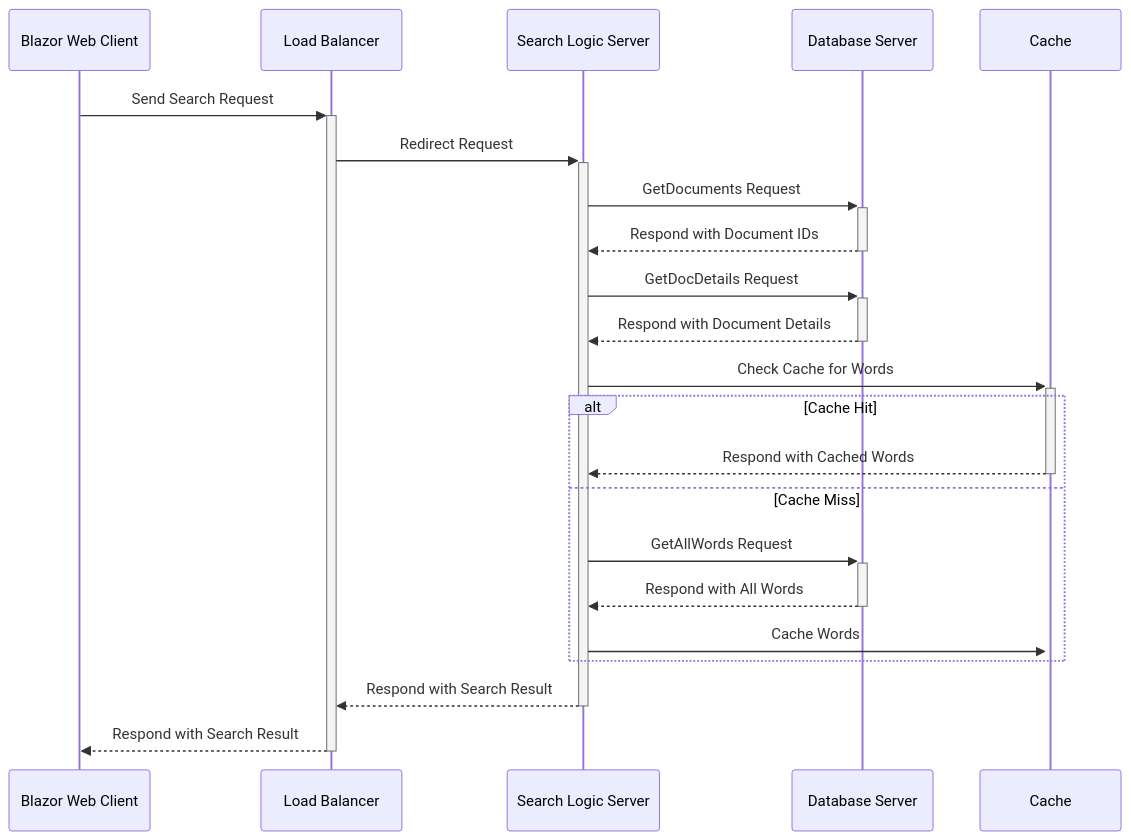
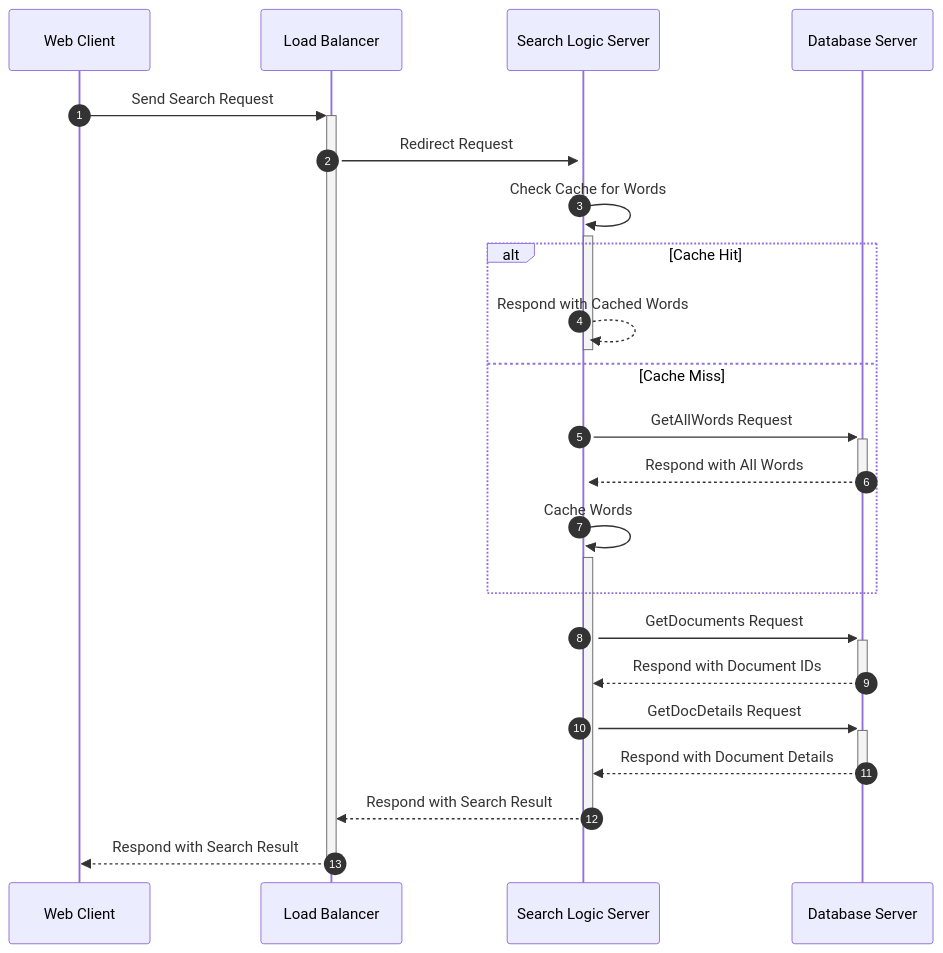
Before and after one commit to bygvraa/searchengine: the third of 3 diagrams in Search/README.md, drawn with Mermaid. The commit also changed other lines of this file, not shown here.

````diff
--- a/Search/README.md
+++ b/Search/README.md
@@ -34,29 +78,30 @@
 ```mermaid
 sequenceDiagram
-    participant Blazor Web Client
-    participant Load Balancer
-    participant Search Logic Server
-    participant Database Server
+    participant A as Web Client
+    participant B as Load Balancer
+    participant C as Search Logic Server
+    participant D as Database Server
 
-    Blazor Web Client ->>+ Load Balancer: Send Search Request
+    autonumber
 
-    Load Balancer ->>+ Search Logic Server: Redirect Request
+    A ->>+ B: Send Search Request
+    B ->>+ C: Redirect Request
 
-    Search Logic Server->>+Database Server: GetDocuments Request
-    Database Server-->>-Search Logic Server: Respond with Document IDs
-    Search Logic Server->>+Database Server: GetDocDetails Request
-    Database Server-->>-Search Logic Server: Respond with Document Details
-
-    Search Logic Server->>+Cache: Check Cache for Words
+    C->>+C: Check Cache for Words
     alt Cache Hit
-        Cache-->>-Search Logic Server: Respond with Cached Words
+        C-->>-C: Respond with Cached Words
     else Cache Miss
-        Search Logic Server->>+Database Server: GetAllWords Request
-        Database Server-->>-Search Logic Server: Respond with All Words
-        Search Logic Server->>+Cache: Cache Words
+        C->>+D: GetAllWords Request
+        D-->>-C: Respond with All Words
+        C->>+C: Cache Words
     end
 
-    Search Logic Server-->>-Load Balancer: Respond with Search Result
-    Load Balancer-->>-Blazor Web Client: Respond with Search Result
+    C->>+D: GetDocuments Request
+    D-->>-C: Respond with Document IDs
+    C->>+D: GetDocDetails Request
+    D-->>-C: Respond with Document Details
+
+    C-->>-B: Respond with Search Result
+    B-->>-A: Respond with Search Result
 
 ```
````
